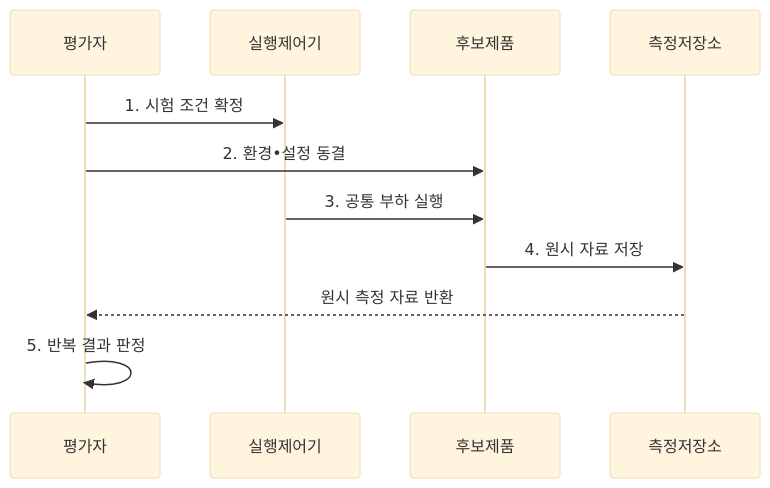
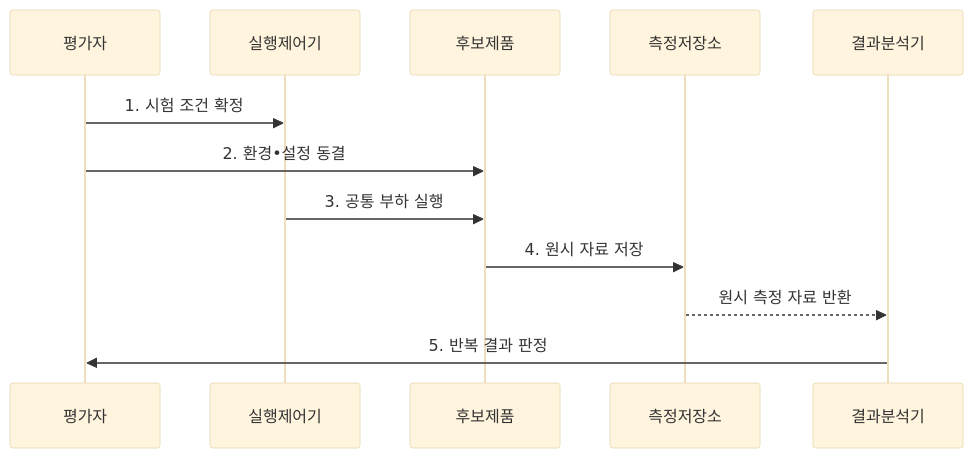
Before and after one commit to agnusdei1207/knowledge-base: the second of 2 diagrams in src/content/docs/notes/03-software/225_benchmark_test.md, drawn with Mermaid (base theme). The commit also changed other lines of this file and 6 other files, not shown here.

````diff
--- a/src/content/docs/notes/03-software/225_benchmark_test.md
+++ b/src/content/docs/notes/03-software/225_benchmark_test.md
@@ -106,13 +106,14 @@
 ```mermaid
 sequenceDiagram
     participant 평가자
     participant 실행제어기
     participant 후보제품
     participant 측정저장소
+    participant 결과분석기
     평가자->>실행제어기: 1. 시험 조건 확정
     평가자->>후보제품: 2. 환경•설정 동결
     실행제어기->>후보제품: 3. 공통 부하 실행
     후보제품->>측정저장소: 4. 원시 자료 저장
-    측정저장소-->>평가자: 원시 측정 자료 반환
-    평가자->>평가자: 5. 반복 결과 판정
+    측정저장소-->>결과분석기: 원시 측정 자료 반환
+    결과분석기->>평가자: 5. 반복 결과 판정
 ```
````
